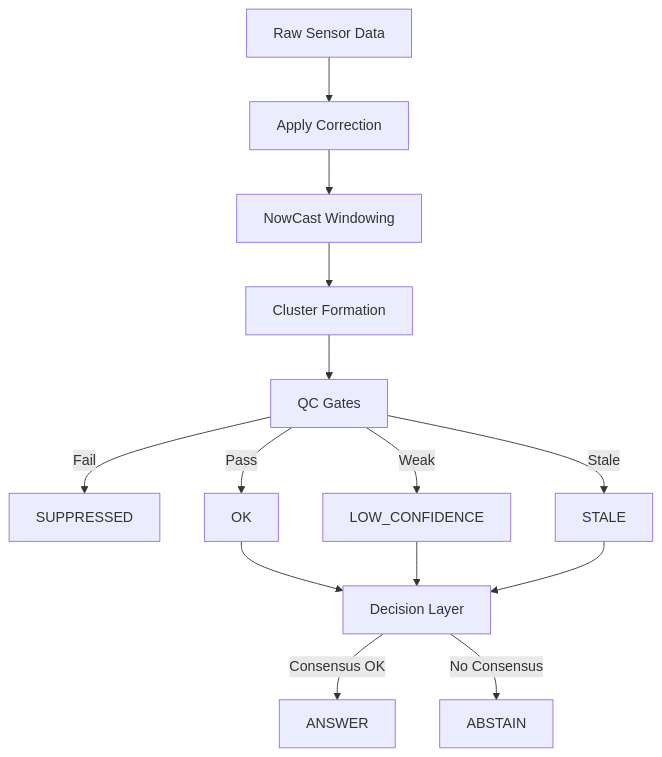
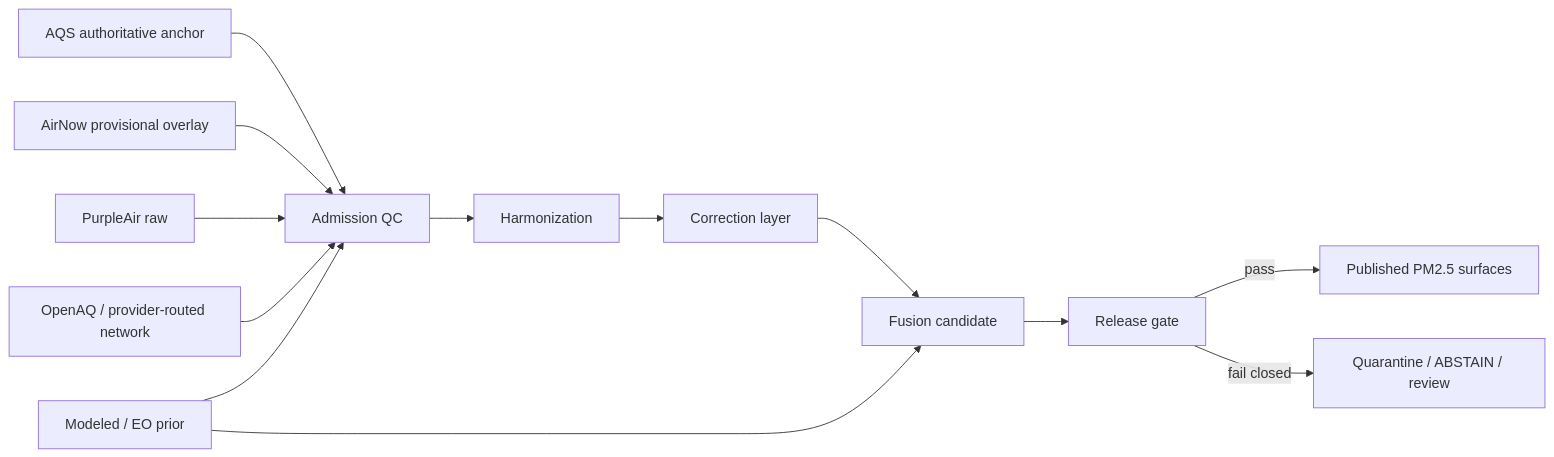
The diagram in docs/standards/air-quality/pm25-sensor-fusion-qc.md (bartytime4life/Kansas-Frontier-Matrix), drawn with Mermaid before and after one commit. The commit also changed other lines of this file, not shown here.

First line of the commit message:
Revise PM2.5 Sensor Fusion QC Standard document

````diff
--- a/docs/standards/air-quality/pm25-sensor-fusion-qc.md
+++ b/docs/standards/air-quality/pm25-sensor-fusion-qc.md
@@ -291,19 +219,17 @@
 ```mermaid
-flowchart TD
-  A[Raw Sensor Data] --> B[Apply Correction]
-  B --> C[NowCast Windowing]
-  C --> D[Cluster Formation]
-  D --> E[QC Gates]
+flowchart LR
+    A[AQS authoritative anchor] --> Q1[Admission QC]
+    B[AirNow provisional overlay] --> Q1
+    C[PurpleAir raw] --> Q1
+    D[OpenAQ / provider-routed network] --> Q1
+    E[Modeled / EO prior] --> Q1
 
-  E -->|Fail| F[SUPPRESSED]
-  E -->|Weak| G[LOW_CONFIDENCE]
-  E -->|Stale| H[STALE]
-  E -->|Pass| I[OK]
+    Q1 --> H[Harmonization]
+    H --> C1[Correction layer]
+    C1 --> F[Fusion candidate]
+    E --> F
 
-  I --> J[Decision Layer]
-  G --> J
-  H --> J
-
-  J -->|Consensus OK| K[ANSWER]
-  J -->|No Consensus| L[ABSTAIN]
+    F --> G[Release gate]
+    G -->|pass| O[Published PM2.5 surfaces]
+    G -->|fail closed| X[Quarantine / ABSTAIN / review]
 ```
````
